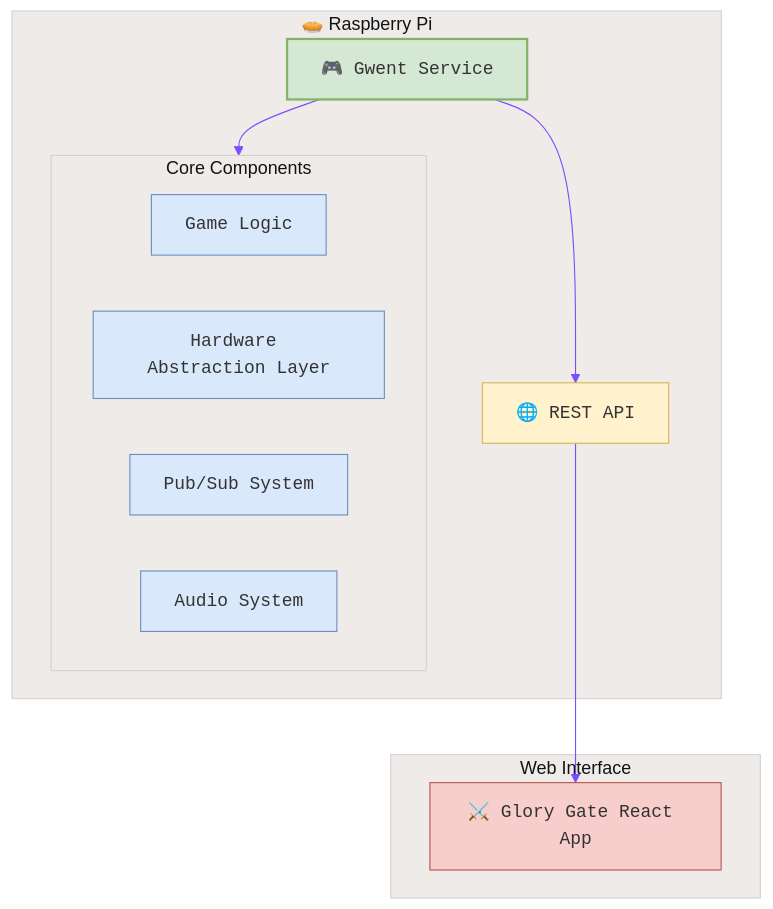
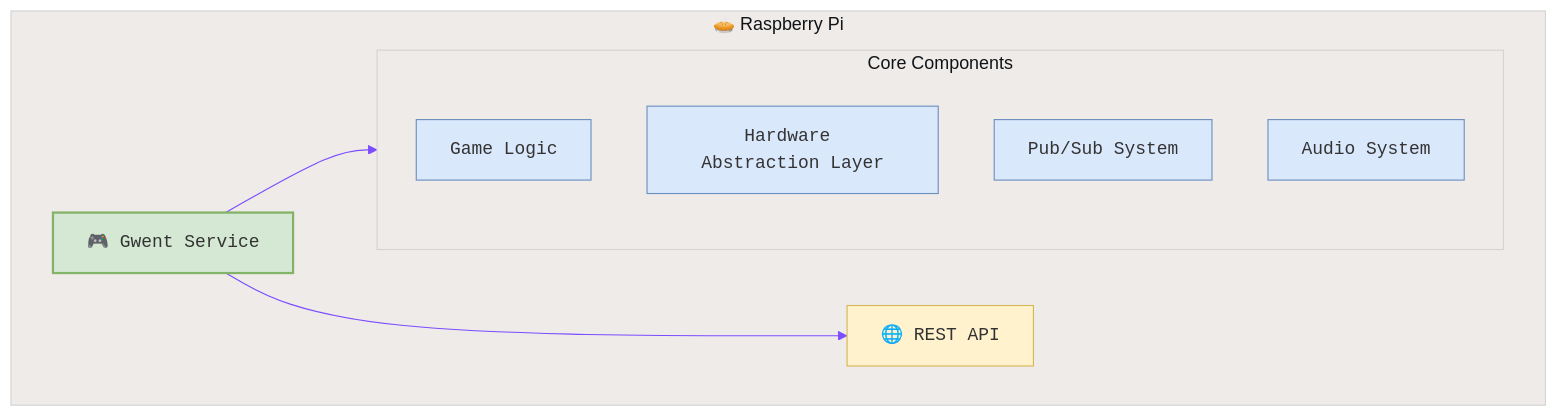
The fourth of 9 diagrams in README.md (declanshanaghy/gwent), drawn with Mermaid before and after one commit. The commit also changed other lines of this file and 34 other files, not shown here.

First line of the commit message:
Remove glory-gate React app and all references

````diff
--- a/README.md
+++ b/README.md
@@ -167,42 +163,37 @@
 ```mermaid
 %%{init: {
   'theme': 'base',
   'themeVariables': {
     'primaryColor': '#6d1a36',
     'primaryTextColor': '#333',
     'primaryBorderColor': '#7C4DFF',
     'lineColor': '#7C4DFF',
     'secondaryColor': '#D7CCC8',
     'tertiaryColor': '#EFEBE9',
     'fontFamily': 'Courier New',
     'fontSize': '16px'
   }
 }}%%
 
 graph TD
     classDef service fill:#d5e8d4,stroke:#82b366,stroke-width:2px,font-family:'Courier New'
     classDef component fill:#dae8fc,stroke:#6c8ebf,stroke-width:1px,font-family:'Courier New'
     classDef api fill:#fff2cc,stroke:#d6b656,stroke-width:1px,font-family:'Courier New'
     classDef ui fill:#f8cecc,stroke:#b85450,stroke-width:1px,font-family:'Courier New'
     
     subgraph rpi["🥧 Raspberry Pi"]
         gwent["🎮 Gwent Service"]:::service
         
         subgraph components["Core Components"]
             game["Game Logic"]:::component
             hal["Hardware Abstraction Layer"]:::component
             pubsub["Pub/Sub System"]:::component
             audio["Audio System"]:::component
         end
         
         api["🌐 REST API"]:::api
     end
     
-    subgraph web["Web Interface"]
-        glory["⚔️ Glory Gate React App"]:::ui
-    end
-    
     gwent --> components
     gwent --> api
-    api --> glory
 ```
````
